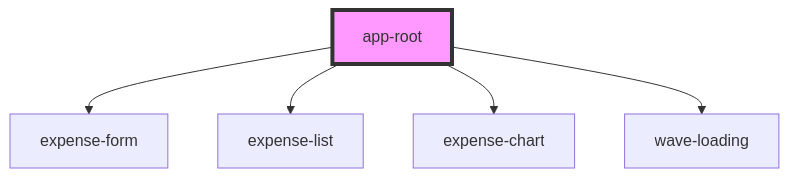
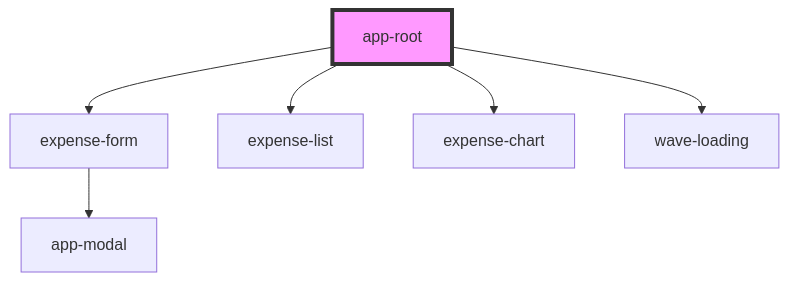
The diagram in src/components/app-root/readme.md (AdedayoMj/B_Stencil_Frontend), drawn with Mermaid before and after one commit. The commit also changed other lines of this file and 20 other files, not shown here.

````diff
--- a/src/components/app-root/readme.md
+++ b/src/components/app-root/readme.md
@@ -24,8 +29,9 @@
 ```mermaid
 graph TD;
   app-root --> expense-form
   app-root --> expense-list
   app-root --> expense-chart
   app-root --> wave-loading
+  expense-form --> app-modal
   style app-root fill:#f9f,stroke:#333,stroke-width:4px
 ```
````
